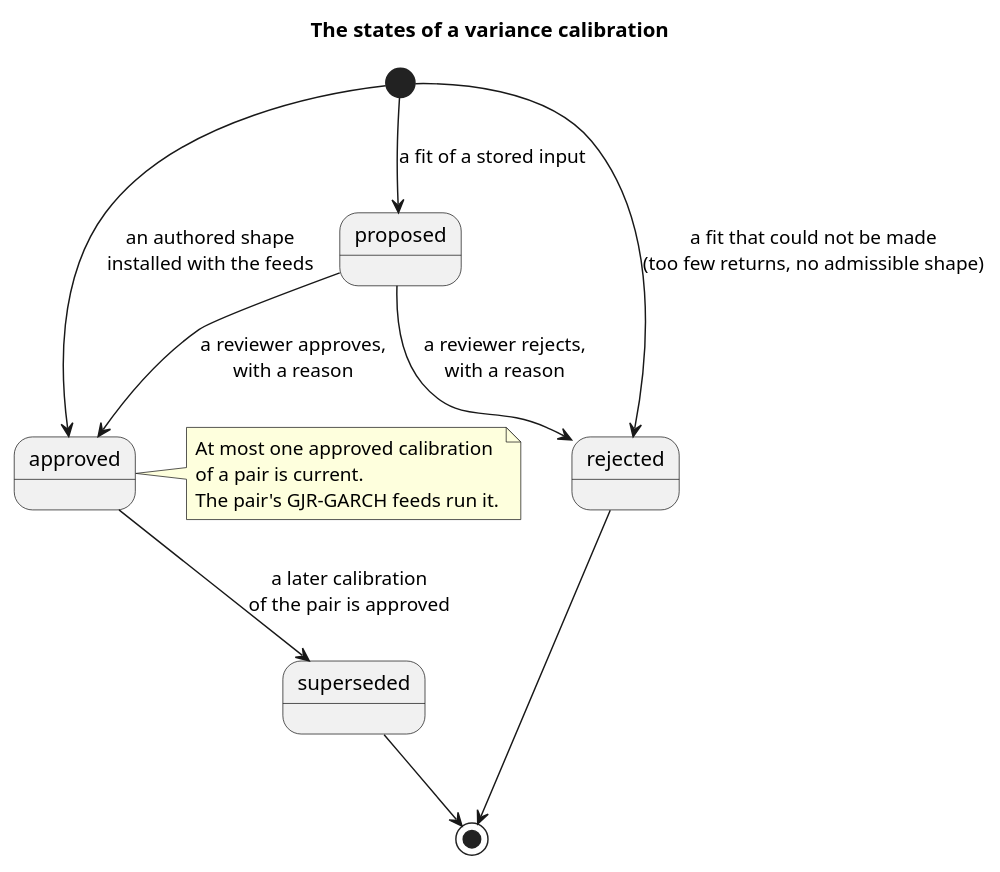
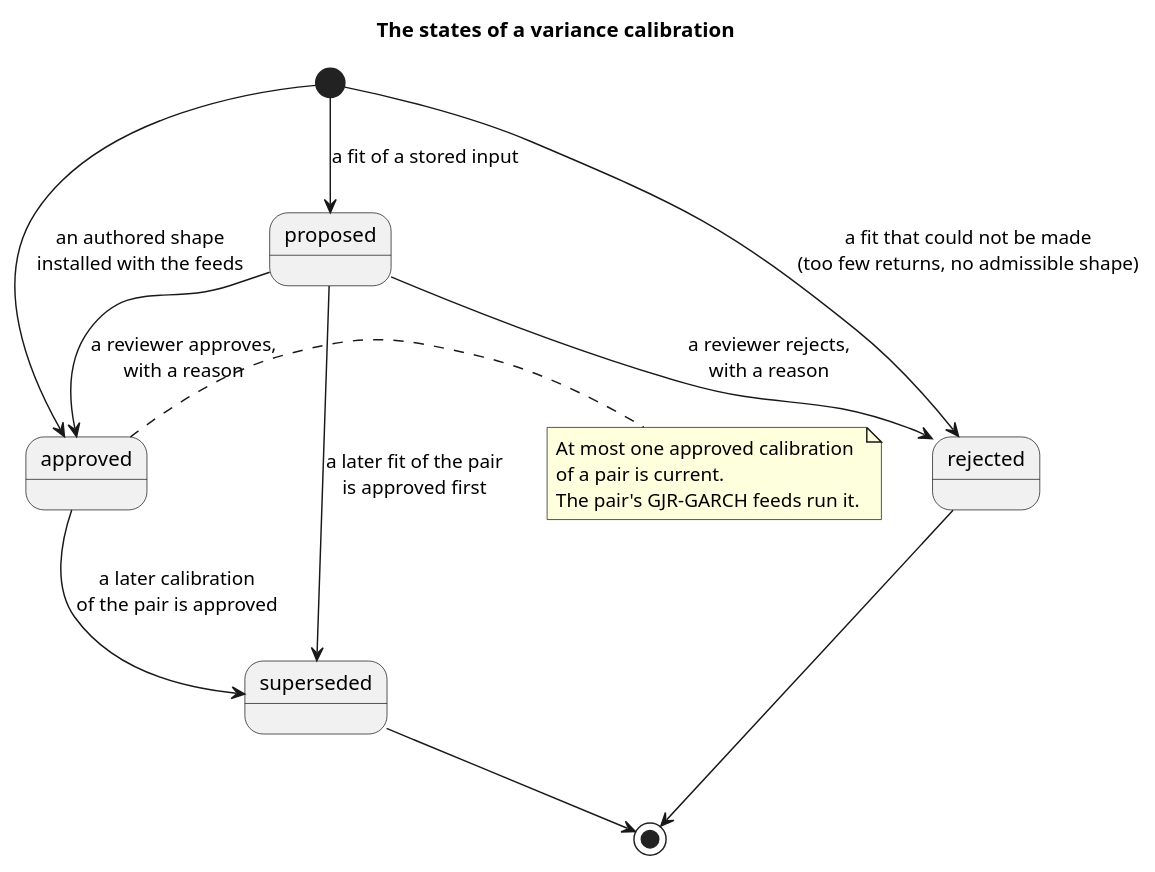
Before and after one commit to OreStudio/OreStudio: the diagram in doc/knowledge/domain/variance_calibration_states.puml, drawn with PlantUML. The commit also changed 5 other files, not shown here.

```diff
--- a/doc/knowledge/domain/variance_calibration_states.puml
+++ b/doc/knowledge/domain/variance_calibration_states.puml
@@ -18,20 +18,21 @@
 @startuml
 title The states of a variance calibration
 
 [*] --> proposed : a fit of a stored input
 [*] --> rejected : a fit that could not be made\n(too few returns, no admissible shape)
 [*] --> approved : an authored shape\ninstalled with the feeds
 
 proposed --> approved : a reviewer approves,\nwith a reason
 proposed --> rejected : a reviewer rejects,\nwith a reason
 approved --> superseded : a later calibration\nof the pair is approved
+proposed --> superseded : a later fit of the pair\nis approved first
 
 rejected --> [*]
 superseded --> [*]
 
 note right of approved
   At most one approved calibration
   of a pair is current.
   The pair's GJR-GARCH feeds run it.
 end note
 @enduml
```
